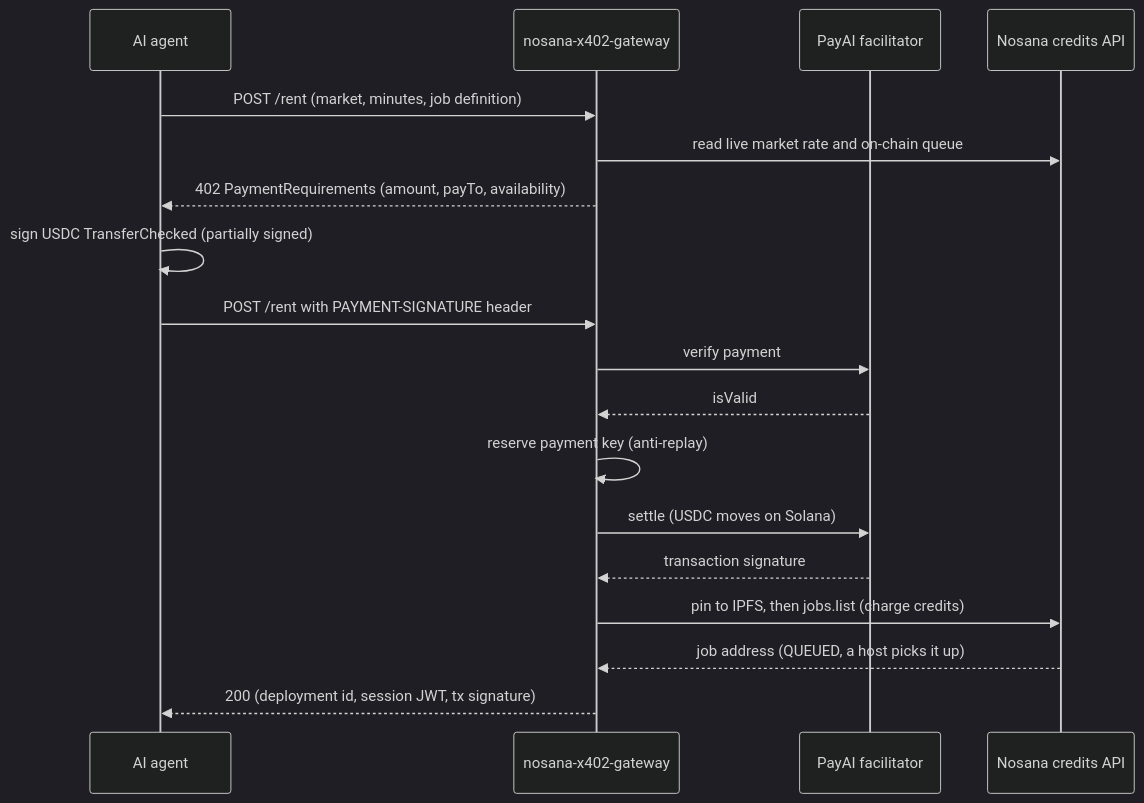
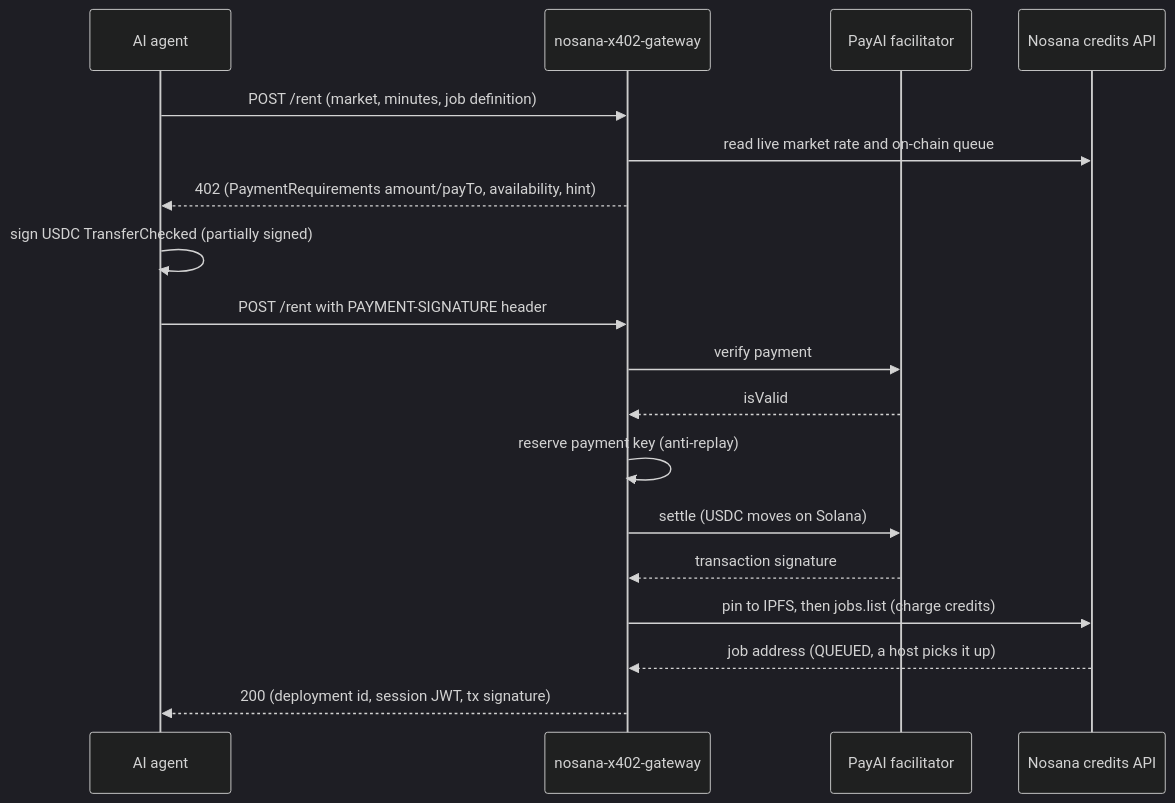
Before and after one commit to Andy00L/nosana-x402-gateway: the diagram in README.md, drawn with Mermaid (dark theme). The commit also changed other lines of this file and 4 other files, not shown here.

First line of the commit message:
docs: add the payment schema diagram and polish render quality

````diff
--- a/README.md
+++ b/README.md
@@ -103,21 +108,21 @@
 ```mermaid
 sequenceDiagram
     participant Agent as AI agent
     participant GW as nosana-x402-gateway
     participant Fac as PayAI facilitator
     participant Nos as Nosana credits API
 
     Agent->>GW: POST /rent (market, minutes, job definition)
     GW->>Nos: read live market rate and on-chain queue
-    GW-->>Agent: 402 PaymentRequirements (amount, payTo, availability)
+    GW-->>Agent: 402 (PaymentRequirements amount/payTo, availability, hint)
     Agent->>Agent: sign USDC TransferChecked (partially signed)
     Agent->>GW: POST /rent with PAYMENT-SIGNATURE header
     GW->>Fac: verify payment
     Fac-->>GW: isValid
     GW->>GW: reserve payment key (anti-replay)
     GW->>Fac: settle (USDC moves on Solana)
     Fac-->>GW: transaction signature
     GW->>Nos: pin to IPFS, then jobs.list (charge credits)
     Nos-->>GW: job address (QUEUED, a host picks it up)
     GW-->>Agent: 200 (deployment id, session JWT, tx signature)
 ```
````
